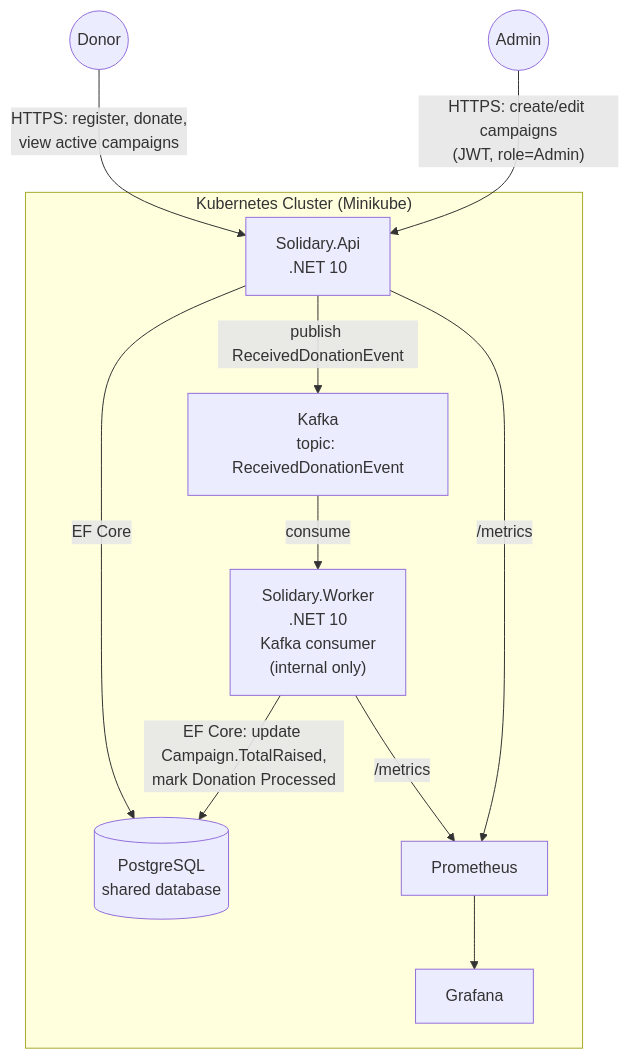
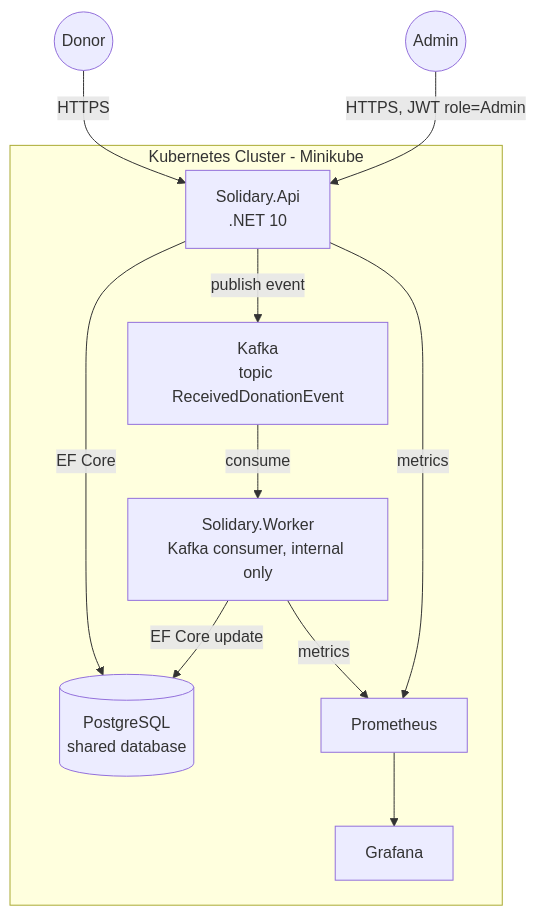
Before and after one commit to Mdotta/fiap_hackathon_NETT: the first of 5 diagrams in docs/architecture.md, drawn with Mermaid. The commit also changed other lines of this file and 1 other file, not shown here.

Commit message:
fix: adjust diagrams

````diff
--- a/docs/architecture.md
+++ b/docs/architecture.md
@@ -7,26 +7,26 @@
 ```mermaid
 flowchart TB
     Donor((Donor))
     Admin((Admin))
 
-    subgraph Cluster["Kubernetes Cluster (Minikube)"]
-        Api["Solidary.Api\n.NET 10"]
-        Worker["Solidary.Worker\n.NET 10\nKafka consumer\n(internal only)"]
-        DB[("PostgreSQL\nshared database")]
-        Kafka["Kafka\ntopic: ReceivedDonationEvent"]
+    subgraph Cluster["Kubernetes Cluster - Minikube"]
+        Api["Solidary.Api<br/>.NET 10"]
+        Worker["Solidary.Worker<br/>Kafka consumer, internal only"]
+        DB[("PostgreSQL<br/>shared database")]
+        Kafka["Kafka<br/>topic ReceivedDonationEvent"]
         Prometheus["Prometheus"]
         Grafana["Grafana"]
     end
 
-    Donor -->|"HTTPS: register, donate,\nview active campaigns"| Api
-    Admin -->|"HTTPS: create/edit campaigns\n(JWT, role=Admin)"| Api
+    Donor -->|HTTPS| Api
+    Admin -->|"HTTPS, JWT role=Admin"| Api
 
-    Api -->|"EF Core"| DB
-    Api -->|"publish ReceivedDonationEvent"| Kafka
-    Kafka -->|"consume"| Worker
-    Worker -->|"EF Core: update Campaign.TotalRaised,\nmark Donation Processed"| DB
+    Api -->|EF Core| DB
+    Api -->|publish event| Kafka
+    Kafka -->|consume| Worker
+    Worker -->|EF Core update| DB
 
-    Api -->|"/metrics"| Prometheus
-    Worker -->|"/metrics"| Prometheus
+    Api -->|metrics| Prometheus
+    Worker -->|metrics| Prometheus
     Prometheus --> Grafana
 ```
````
